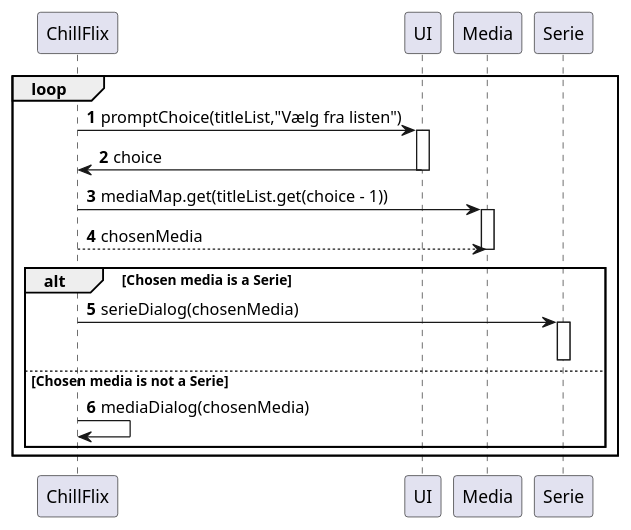
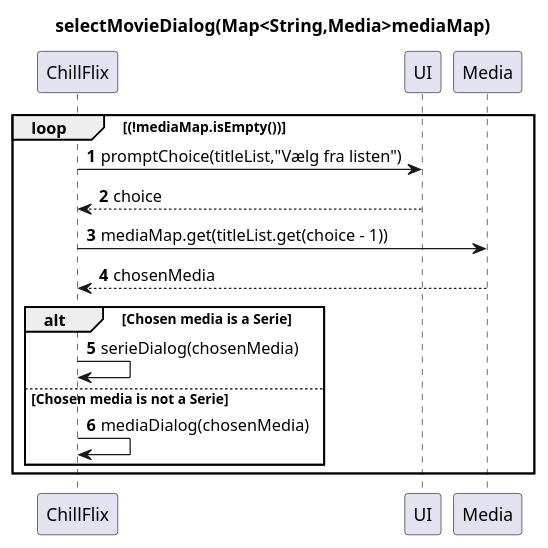
Before and after one commit to Falcho/SP3: the diagram in docs/SelectMovieDialogSequence.puml, drawn with PlantUML.

Commit message:
Oprettede og udfyldt SelectMovieDialogSequence

```diff
--- a/docs/SelectMovieDialogSequence.puml
+++ b/docs/SelectMovieDialogSequence.puml
@@ -1,30 +1,25 @@
 @startuml
 'https://plantuml.com/sequence-diagram
-
+title selectMovieDialog(Map<String,Media>mediaMap)
 autonumber
 
 participant ChillFlix
 participant UI
 participant Media
-participant Serie
 
-loop
+loop (!mediaMap.isEmpty())
 ChillFlix -> UI: promptChoice(titleList,"Vælg fra listen")
-activate UI
-UI -> ChillFlix: choice
-deactivate UI
+UI --> ChillFlix: choice
+
 
 ChillFlix -> Media: mediaMap.get(titleList.get(choice - 1))
-activate Media
-Media <-- ChillFlix: chosenMedia
-deactivate Media
+Media --> ChillFlix: chosenMedia
 alt Chosen media is a Serie
-    ChillFlix -> Serie: serieDialog(chosenMedia)
-    activate Serie
-    deactivate Serie
+    ChillFlix -> ChillFlix: serieDialog(chosenMedia)
+
 else Chosen media is not a Serie
     ChillFlix -> ChillFlix: mediaDialog(chosenMedia)
 end
 end
 
 @enduml
```
